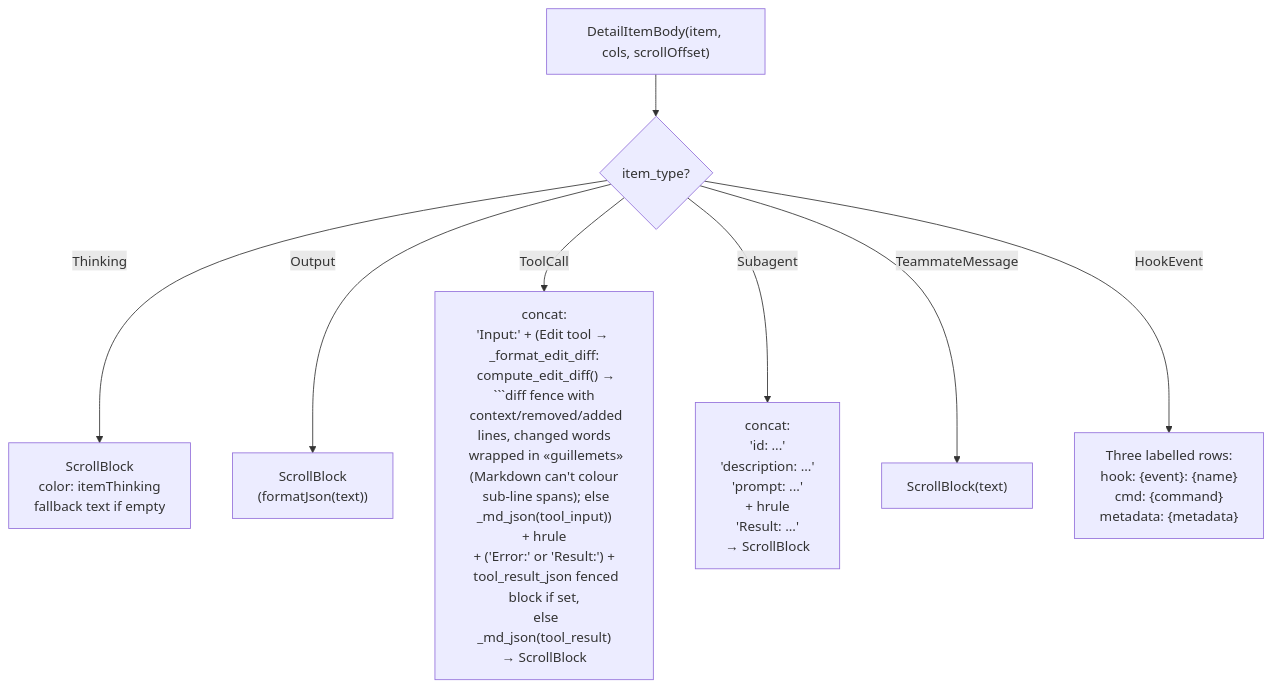
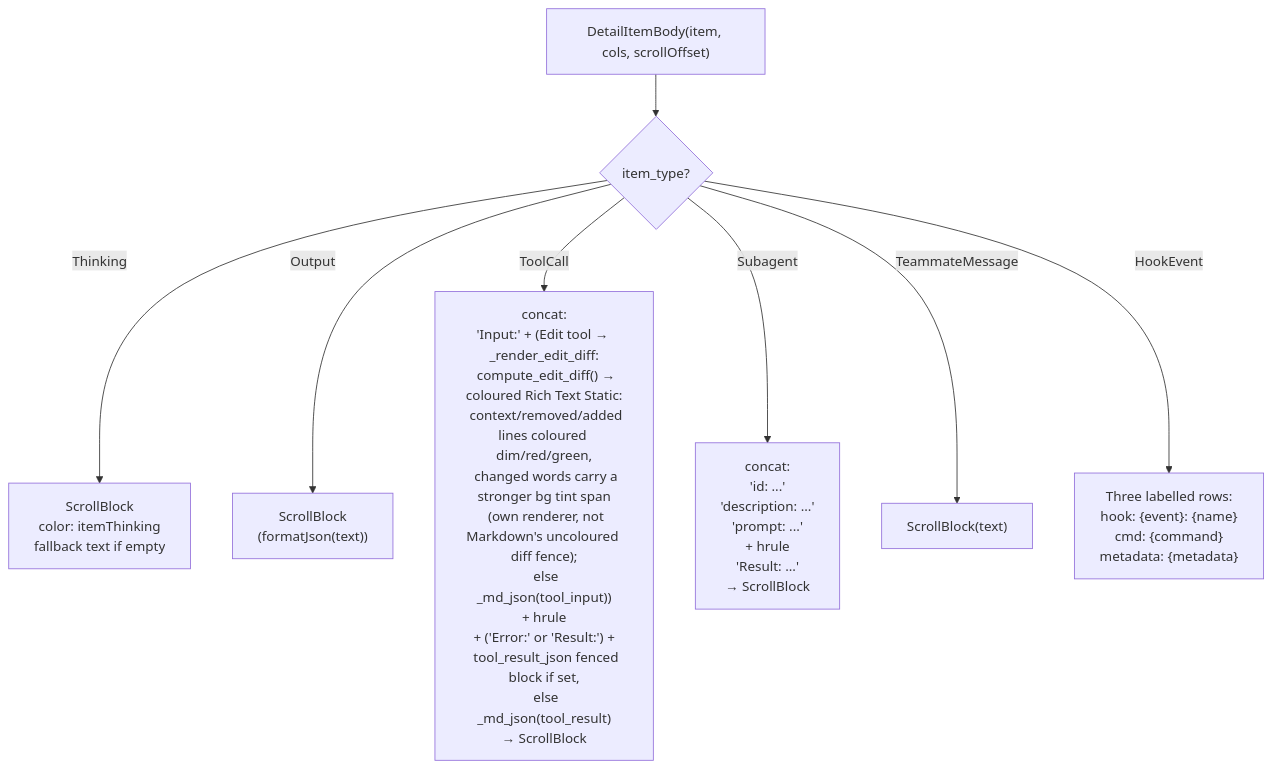
One commit to delexw/claude-code-trace changed the third of 11 diagrams in specs/13-item-rendering.md. Above: the diagram before and after it, drawn with Mermaid. The commit also changed 2 other files, not shown here.

Commit message:
feat(tui): colour Edit diff red/green with highlighted changed words
The TUI rendered Edit diffs via a Markdown ```diff fence, which Textual
does not colourise, and marked changed words with «guillemets». Replace
that with a dedicated Rich Text renderer mounted as a Static: context
lines are dim, removed lines red, added lines green, and the exact
changed tokens carry a stronger background tint span — so the intra-line
edit is visible without Markdown's limitations.

Claude-Session: https://claude.ai/code/session_012iRvtTbrmCKEHYi2yroQhX

`````diff
--- a/specs/13-item-rendering.md
+++ b/specs/13-item-rendering.md
@@ -113,12 +113,12 @@
-````mermaid
+```mermaid
 flowchart TD
     BODY["DetailItemBody(item, cols, scrollOffset)"]
     BODY --> T{"item_type?"}
 
     T -->|"Thinking"| TH["ScrollBlock\ncolor: itemThinking\nfallback text if empty"]
     T -->|"Output"| OUT["ScrollBlock\n(formatJson(text))"]
-    T -->|"ToolCall"| TC["concat:\n'Input:' + (Edit tool → _format_edit_diff:\n  compute_edit_diff() → ```diff fence with\n  context/removed/added lines, changed words\n  wrapped in «guillemets» (Markdown can't colour\n  sub-line spans); else _md_json(tool_input))\n+ hrule\n+ ('Error:' or 'Result:') +\n  tool_result_json fenced block if set,\n  else _md_json(tool_result)\n→ ScrollBlock"]
+    T -->|"ToolCall"| TC["concat:\n'Input:' + (Edit tool → _render_edit_diff:\n  compute_edit_diff() → coloured Rich Text Static:\n  context/removed/added lines coloured dim/red/green,\n  changed words carry a stronger bg tint span\n  (own renderer, not Markdown's uncoloured diff fence);\n  else _md_json(tool_input))\n+ hrule\n+ ('Error:' or 'Result:') +\n  tool_result_json fenced block if set,\n  else _md_json(tool_result)\n→ ScrollBlock"]
     T -->|"Subagent"| SA["concat:\n'id: ...'\n'description: ...'\n'prompt: ...'\n+ hrule\n'Result: ...'\n→ ScrollBlock"]
     T -->|"TeammateMessage"| TM["ScrollBlock(text)"]
     T -->|"HookEvent"| HK["Three labelled rows:\nhook: {event}: {name}\ncmd: {command}\nmetadata: {metadata}"]
-````
+```
`````
